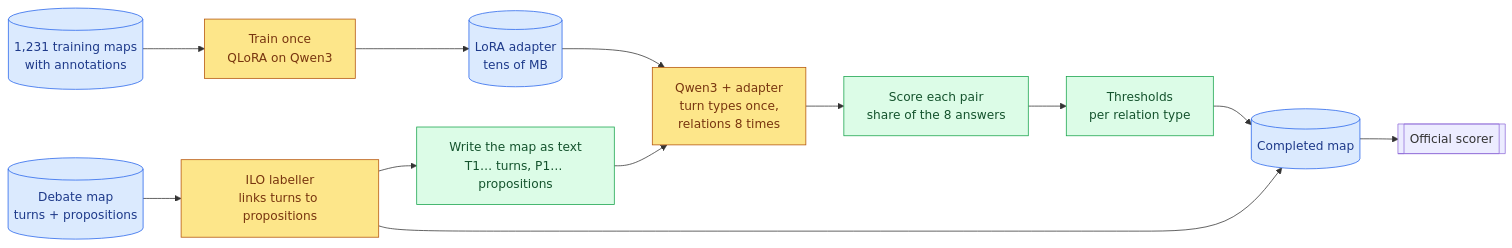
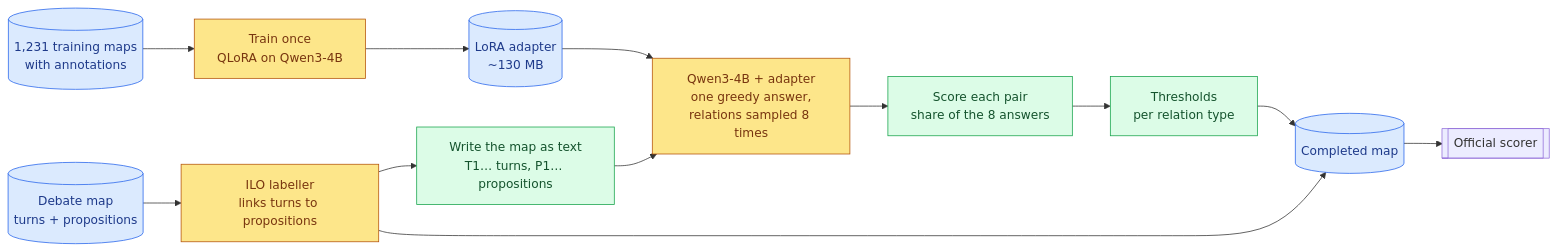
One commit to KuuNL/Argument-Mining changed the diagram in reports/A3-finetuned-llm.md. Above: the diagram before and after it, drawn with Mermaid. The commit also changed other lines of this file and 2 other files, not shown here.

````diff
--- a/reports/A3-finetuned-llm.md
+++ b/reports/A3-finetuned-llm.md
@@ -45,20 +44,20 @@
 ```mermaid
 flowchart LR
-  train_maps[("1,231 training maps<br/>with annotations")] --> sft["Train once<br/>QLoRA on Qwen3"]
-  sft --> adapter[("LoRA adapter<br/>tens of MB")]
+  train_maps[("1,231 training maps<br/>with annotations")] --> sft["Train once<br/>QLoRA on Qwen3-4B"]
+  sft --> adapter[("LoRA adapter<br/>~130 MB")]
   map_in[("Debate map<br/>turns + propositions")] --> lab["ILO labeller<br/>links turns to propositions"]
   lab --> ser["Write the map as text<br/>T1… turns, P1… propositions"]
-  ser --> gen["Qwen3 + adapter<br/>turn types once,<br/>relations 8 times"]
+  ser --> gen["Qwen3-4B + adapter<br/>one greedy answer,<br/>relations sampled 8 times"]
   adapter --> gen
   gen --> sc["Score each pair<br/>share of the 8 answers"]
   sc --> dec["Thresholds<br/>per relation type"]
   dec --> out[("Completed map")]
   lab --> out
   out --> scorer[["Official scorer"]]
   classDef data fill:#dbeafe,stroke:#2563eb,color:#1e3a8a
   classDef step fill:#dcfce7,stroke:#16a34a,color:#14532d
   classDef model fill:#fde68a,stroke:#b45309,color:#78350f
   class train_maps,adapter,map_in,out data
   class ser,sc,dec step
   class sft,lab,gen model
 ```
````
